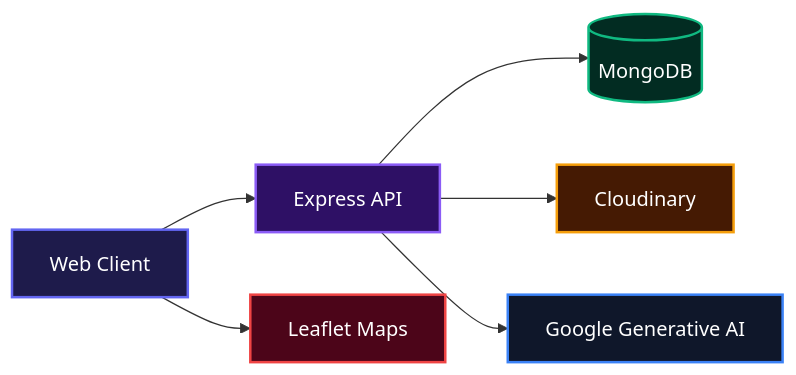
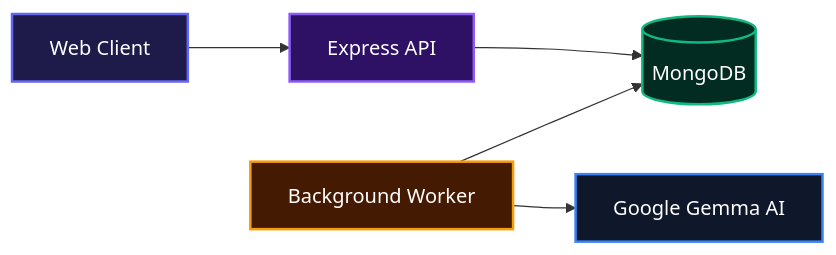
One commit to Searcher06/AI-Powered-Incident-Intelligent-System changed the first of 3 diagrams in README.md. Above: the diagram before and after it, drawn with Mermaid. The commit also changed other lines of this file and 20 other files, not shown here.

````diff
--- a/README.md
+++ b/README.md
@@ -11,22 +11,19 @@
 ```mermaid
 flowchart LR
     WebClient["Web Client"]
     ExpressAPI["Express API"]
     MongoDB[("MongoDB")]
-    Cloudinary["Cloudinary"]
-    GoogleAI["Google Generative AI"]
-    LeafletMaps["Leaflet Maps"]
+    GemmaAI["Google Gemma AI"]
+    BackgroundWorker["Background Worker"]
 
     WebClient --> ExpressAPI
     ExpressAPI --> MongoDB
-    ExpressAPI --> Cloudinary
-    ExpressAPI --> GoogleAI
-    WebClient --> LeafletMaps
+    BackgroundWorker --> MongoDB
+    BackgroundWorker --> GemmaAI
 
     style WebClient fill:#1e1b4b,stroke:#6366f1,stroke-width:2px,color:#fff
     style ExpressAPI fill:#2e1065,stroke:#8b5cf6,stroke-width:2px,color:#fff
     style MongoDB fill:#022c22,stroke:#10b981,stroke-width:2px,color:#fff
-    style Cloudinary fill:#451a03,stroke:#f59e0b,stroke-width:2px,color:#fff
-    style GoogleAI fill:#0f172a,stroke:#3b82f6,stroke-width:2px,color:#fff
-    style LeafletMaps fill:#4c0519,stroke:#ef4444,stroke-width:2px,color:#fff
+    style GemmaAI fill:#0f172a,stroke:#3b82f6,stroke-width:2px,color:#fff
+    style BackgroundWorker fill:#451a03,stroke:#f59e0b,stroke-width:2px,color:#fff
 ```
````
